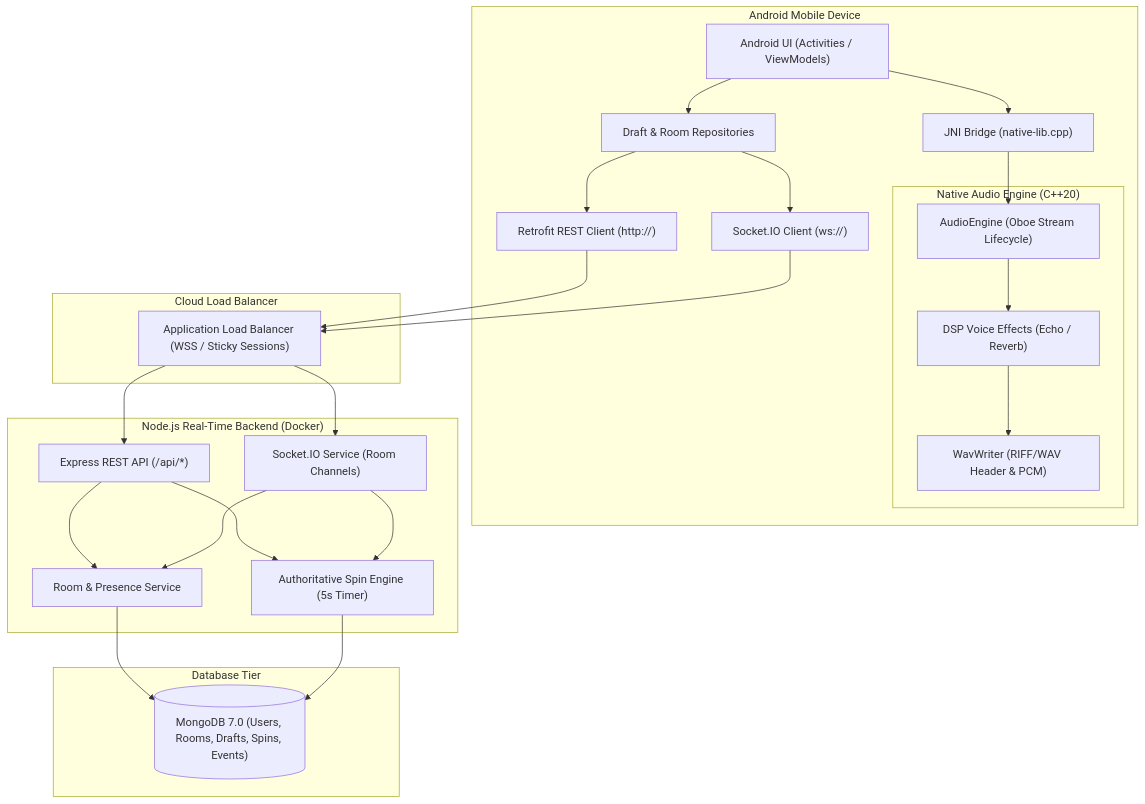
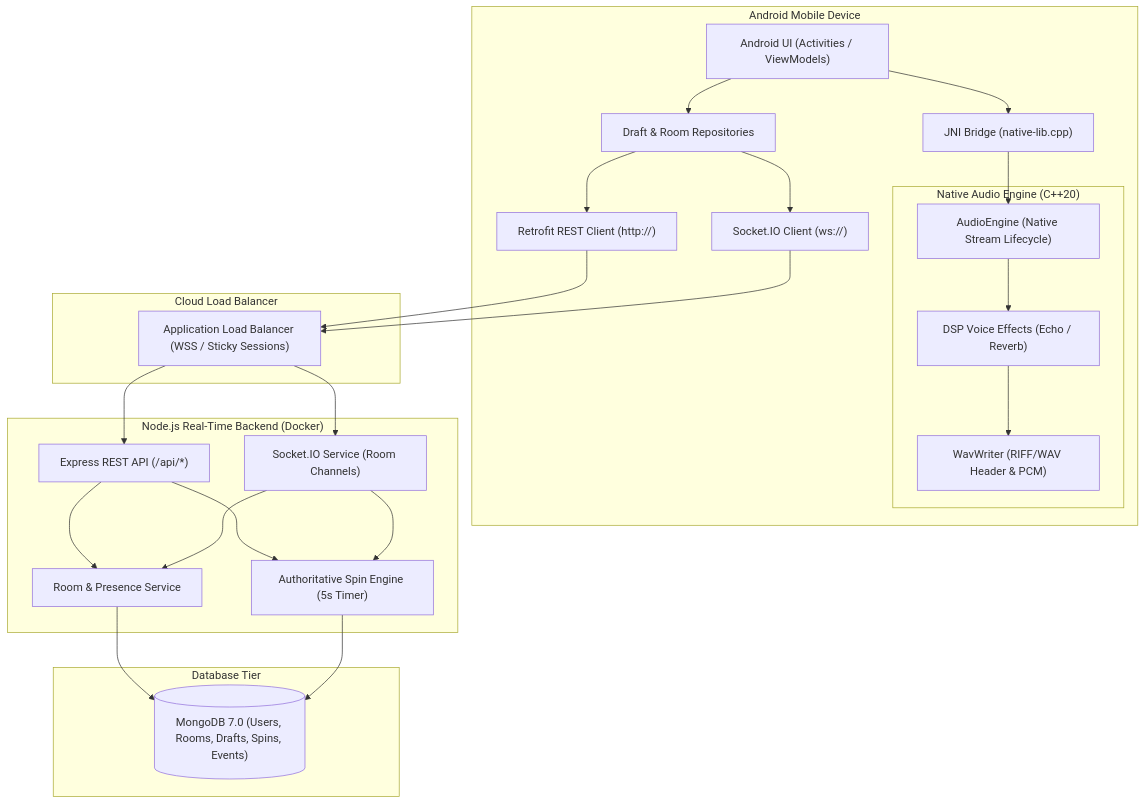
Before and after one commit to AkhilYeddu/RoxStar_App: the first of 4 diagrams in README.md, drawn with Mermaid. The commit also changed other lines of this file and 243 other files, not shown here.

````diff
--- a/README.md
+++ b/README.md
@@ -31,48 +31,48 @@
 ```mermaid
 graph TB
     subgraph Client ["Android Mobile Device"]
         UI["Android UI (Activities / ViewModels)"]
         Repo["Draft & Room Repositories"]
         JNI["JNI Bridge (native-lib.cpp)"]
         subgraph NativeAudio ["Native Audio Engine (C++20)"]
-            OboeEngine["AudioEngine (Oboe Stream Lifecycle)"]
+            AudioEngine["AudioEngine (Native Stream Lifecycle)"]
             DSP["DSP Voice Effects (Echo / Reverb)"]
             WavWriter["WavWriter (RIFF/WAV Header & PCM)"]
         end
         SocketClient["Socket.IO Client (ws://)"]
         HttpClient["Retrofit REST Client (http://)"]
     end
 
     subgraph Ingress ["Cloud Load Balancer"]
         ALB["Application Load Balancer (WSS / Sticky Sessions)"]
     end
 
     subgraph Backend ["Node.js Real-Time Backend (Docker)"]
         Express["Express REST API (/api/*)"]
         SocketServer["Socket.IO Service (Room Channels)"]
         RoomService["Room & Presence Service"]
         SpinEngine["Authoritative Spin Engine (5s Timer)"]
     end
 
     subgraph Storage ["Database Tier"]
         MongoDB[("MongoDB 7.0 (Users, Rooms, Drafts, Spins, Events)")]
     end
 
     UI --> Repo
     UI --> JNI
-    JNI --> OboeEngine
-    OboeEngine --> DSP
+    JNI --> AudioEngine
+    AudioEngine --> DSP
     DSP --> WavWriter
     Repo --> HttpClient
     Repo --> SocketClient
     HttpClient --> ALB
     SocketClient --> ALB
     ALB --> Express
     ALB --> SocketServer
     Express --> RoomService
     Express --> SpinEngine
     SocketServer --> RoomService
     SocketServer --> SpinEngine
     RoomService --> MongoDB
     SpinEngine --> MongoDB
 ```
````
